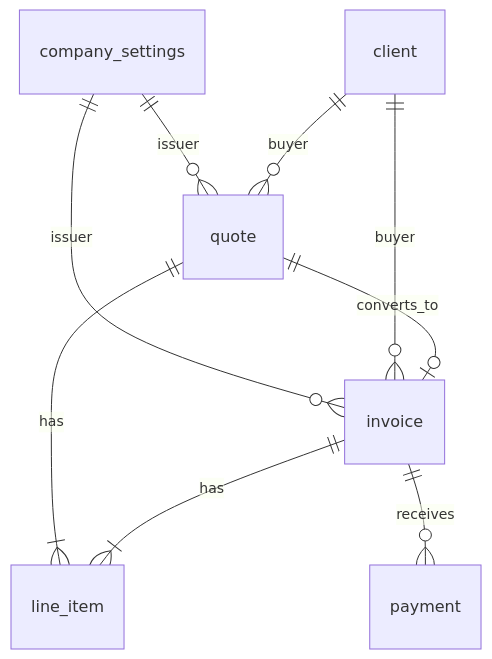
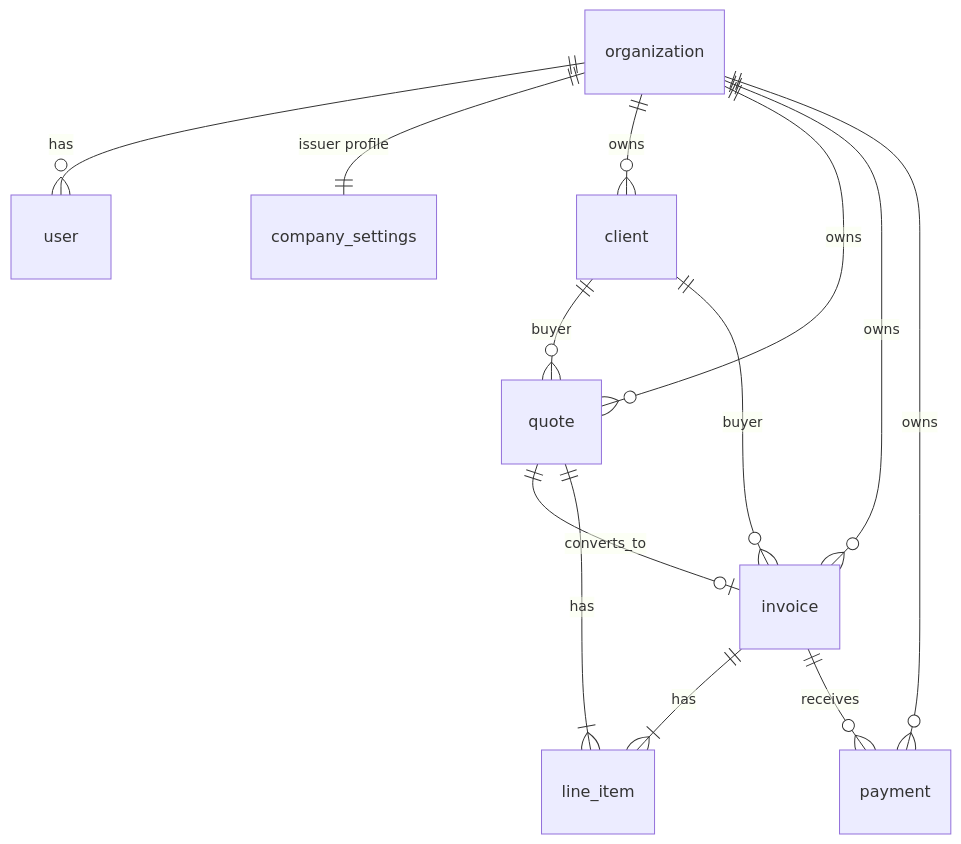
The diagram in docs/explanation/domain-model.md (hideyukiMORI/nene-invoice), drawn with Mermaid before and after one commit. The commit also changed other lines of this file and 11 other files, not shown here.

````diff
--- a/docs/explanation/domain-model.md
+++ b/docs/explanation/domain-model.md
@@ -11,11 +11,15 @@
 ```mermaid
 erDiagram
-    company_settings ||--o{ quote : "issuer"
-    company_settings ||--o{ invoice : "issuer"
+    organization ||--o{ user : "has"
+    organization ||--|| company_settings : "issuer profile"
+    organization ||--o{ client : "owns"
+    organization ||--o{ quote : "owns"
+    organization ||--o{ invoice : "owns"
+    organization ||--o{ payment : "owns"
     client ||--o{ quote : "buyer"
     client ||--o{ invoice : "buyer"
     quote ||--o| invoice : "converts_to"
     quote ||--|{ line_item : "has"
     invoice ||--|{ line_item : "has"
     invoice ||--o{ payment : "receives"
 ```
````
